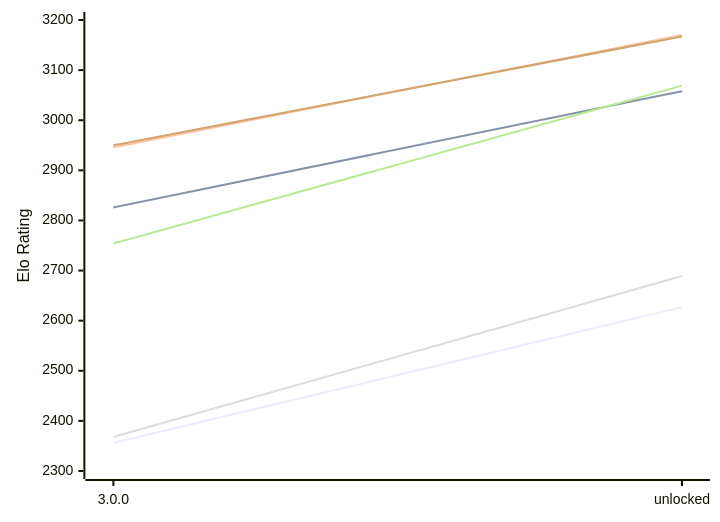
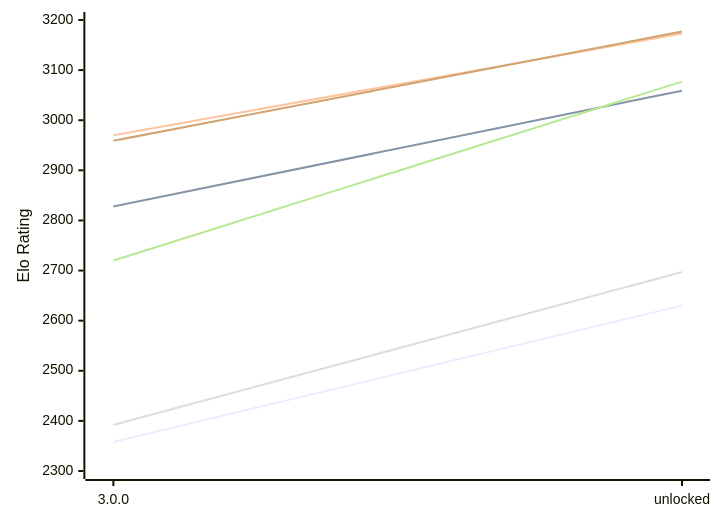
Before and after one commit to computer-chess-index/cci: the first of 2 diagrams in engines/Potential.md, drawn with Mermaid. The commit also changed other lines of this file, not shown here.

Commit message:
Update CCI Ratings (ELO VLTC) - 2026-11-25

````diff
--- a/engines/Potential.md
+++ b/engines/Potential.md
@@ -51,12 +51,12 @@
 ```mermaid
 %%{init: {"theme":"base","themeVariables":{"seriesColors:['#a3a3a3','#222221','#faa371']}}}%%
 xychart-beta
   x-axis ["3.0.0", "unlocked"]
   y-axis "Elo Rating" 2300 --> 3200
-  line "E1: STC (8.0+0.08s)" [2356, 2627]
-  line "E1: LTC (60.0+0.60s)" [2826, 3058]
-  line "E1: VLTC (2m24s+1.12s)" [2946, 3170]
-  line "P1: STC (8.0+0.08s)" [2368, 2689]
-  line "P1: LTC (60.0+0.60s)" [2754, 3069]
-  line "P1: VLTC (2m24s+1.12s)" [2950, 3167]
+  line "E1: STC (8.0+0.08s)" [2358, 2630]
+  line "E1: LTC (60.0+0.60s)" [2828, 3059]
+  line "E1: VLTC (2m24s+1.12s)" [2970, 3173]
+  line "P1: STC (8.0+0.08s)" [2392, 2697]
+  line "P1: LTC (60.0+0.60s)" [2720, 3077]
+  line "P1: VLTC (2m24s+1.12s)" [2959, 3177]
 ```
````
